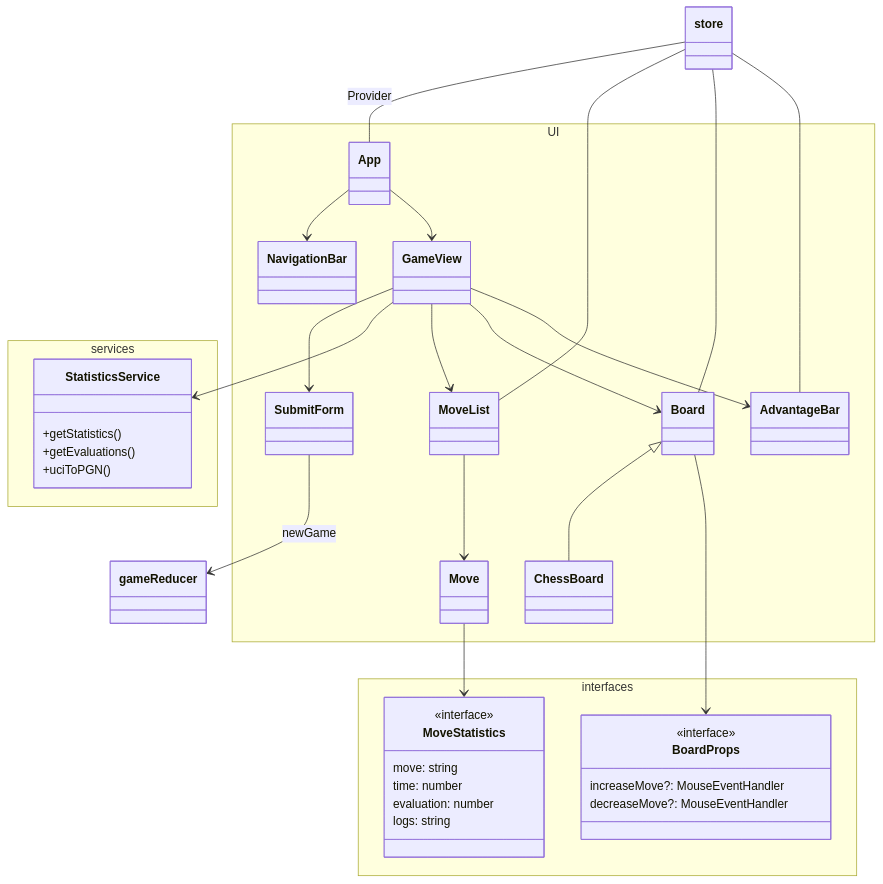
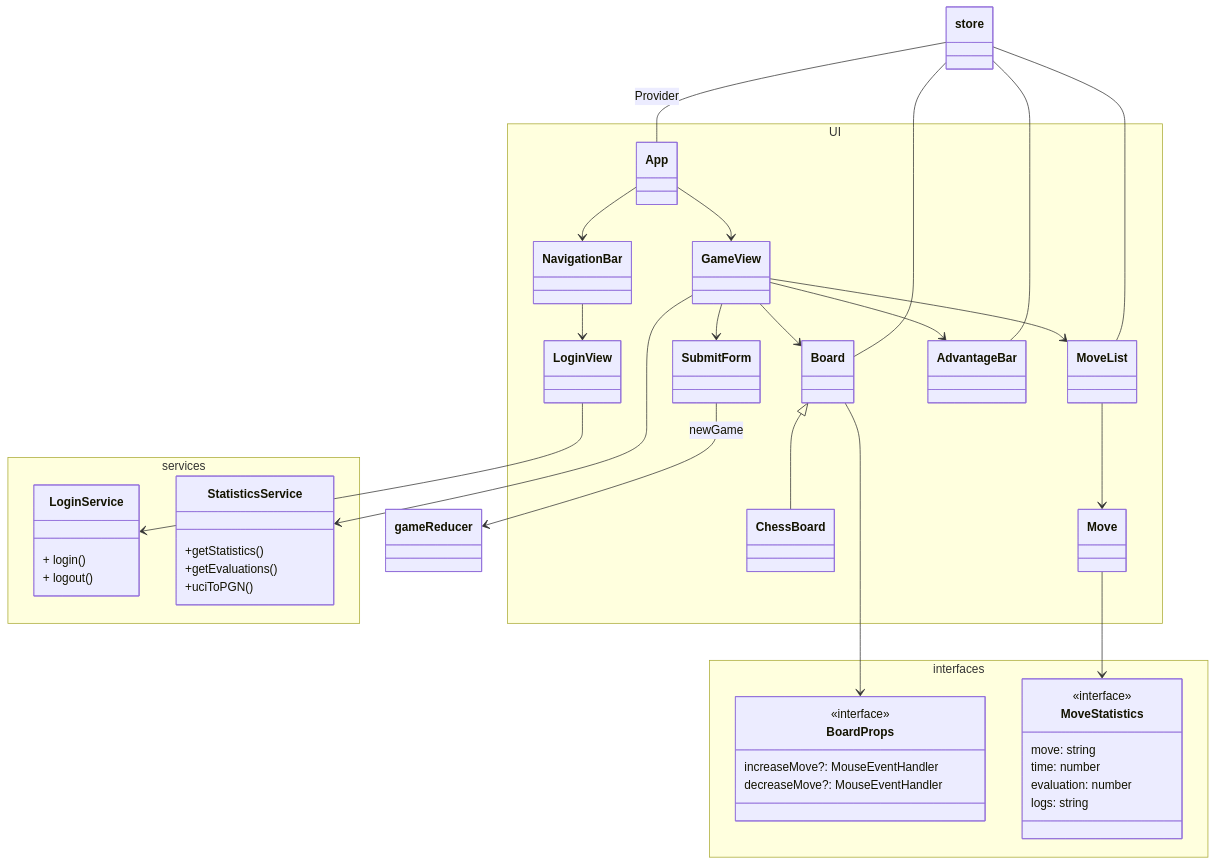
Before and after one commit to game-ai-platform-team/tira-ai-platform: the fourth of 5 diagrams in docs/architecture.md, drawn with Mermaid.

Commit message:
docs(#24): Add login related architecture

````diff
--- a/docs/architecture.md
+++ b/docs/architecture.md
@@ -179,60 +179,69 @@
 ```mermaid
 classDiagram
 store -- App: Provider
 
 App --> NavigationBar
 App --> GameView
+
+NavigationBar --> LoginView
+LoginView --> LoginService
 
 GameView --> SubmitForm
 GameView --> StatisticsService
 GameView --> MoveList
 GameView --> Board
 GameView --> AdvantageBar
 
 Board <|-- ChessBoard
 Board --> BoardProps
 
 MoveList --> Move
 Move --> MoveStatistics
 
 SubmitForm --> gameReducer: newGame
 Board -- store
 MoveList -- store
 AdvantageBar -- store
 
 namespace interfaces {
     class MoveStatistics {
     <<interface>>
     move: string
     time: number
     evaluation: number
     logs: string
     }
 
     class BoardProps {
         <<interface>>
         increaseMove?: MouseEventHandler
         decreaseMove?: MouseEventHandler
     }
 }
 
 namespace services {
     class StatisticsService {
         +getStatistics()
         +getEvaluations()
         +uciToPGN()
     }
+
+    class LoginService {
+        + login()
+        + logout()
+    }
 }
 
 namespace UI {
     class App
     class NavigationBar
     class GameView
     class SubmitForm
     class AdvantageBar
     class Board
     class ChessBoard
     class Move
     class MoveList
+    class LoginView
 }
 ```
````
